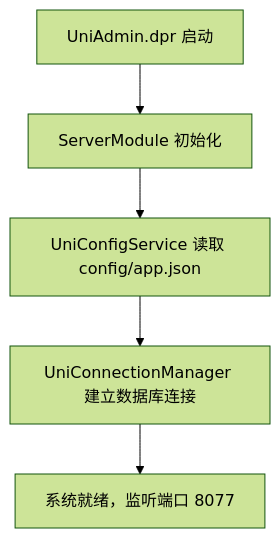
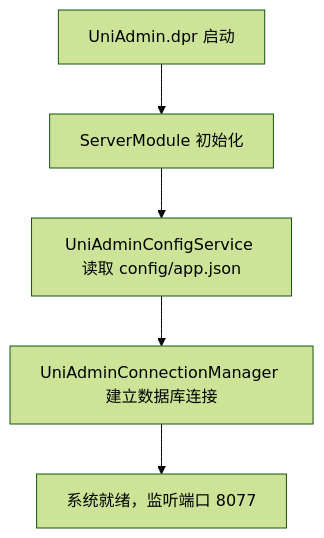
One commit to elvis-shi-Canada/unigui-admin changed the diagram in config/CLAUDE.md. Above: the diagram before and after it, drawn with Mermaid (forest theme). The commit also changed 18 other files, not shown here.

````diff
--- a/config/CLAUDE.md
+++ b/config/CLAUDE.md
@@ -40,7 +40,7 @@
 ```mermaid
 flowchart TB
     App["UniAdmin.dpr 启动"] --> SM["ServerModule 初始化"]
-    SM --> CS["UniConfigService 读取 config/app.json"]
-    CS --> CM["UniConnectionManager 建立数据库连接"]
+    SM --> CS["UniAdminConfigService 读取 config/app.json"]
+    CS --> CM["UniAdminConnectionManager 建立数据库连接"]
     CM --> Ready["系统就绪，监听端口 8077"]
 ```
````
